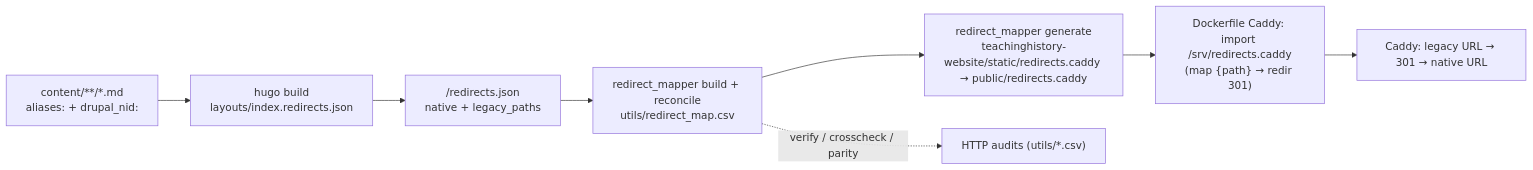
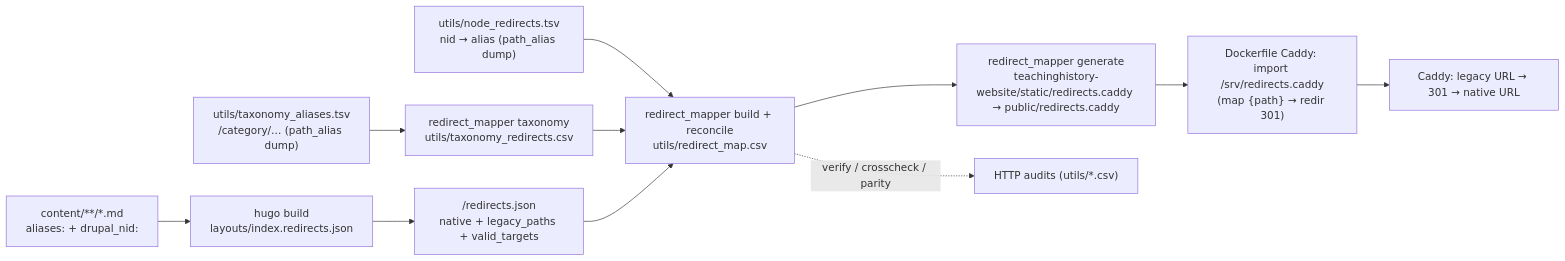
Before and after one commit to chnm/teachinghistory-hugo: the diagram in docs/REDIRECTS.md, drawn with Mermaid. The commit also changed other lines of this file and 11 other files, not shown here.

First line of the commit message:
feat(redirects): source /node + taxonomy 301s from Drupal path_alias dump

````diff
--- a/docs/REDIRECTS.md
+++ b/docs/REDIRECTS.md
@@ -21,10 +29,13 @@
 ```mermaid
 flowchart LR
   FM["content/**/*.md<br/>aliases: + drupal_nid:"] --> H["hugo build<br/>layouts/index.redirects.json"]
-  H --> J["/redirects.json<br/>native + legacy_paths"]
+  H --> J["/redirects.json<br/>native + legacy_paths + valid_targets"]
+  ND["utils/node_redirects.tsv<br/>nid → alias (path_alias dump)"] --> B
+  TX["utils/taxonomy_aliases.tsv<br/>/category/… (path_alias dump)"] --> T["redirect_mapper taxonomy<br/>utils/taxonomy_redirects.csv"]
+  T --> B
   J --> B["redirect_mapper build + reconcile<br/>utils/redirect_map.csv"]
   B --> G["redirect_mapper generate<br/>teachinghistory-website/static/redirects.caddy → public/redirects.caddy"]
   G --> C["Dockerfile Caddy: import /srv/redirects.caddy<br/>(map {path} → redir 301)"]
   C --> S["Caddy: legacy URL → 301 → native URL"]
   B -. "verify / crosscheck / parity" .-> V["HTTP audits (utils/*.csv)"]
 ```
````
